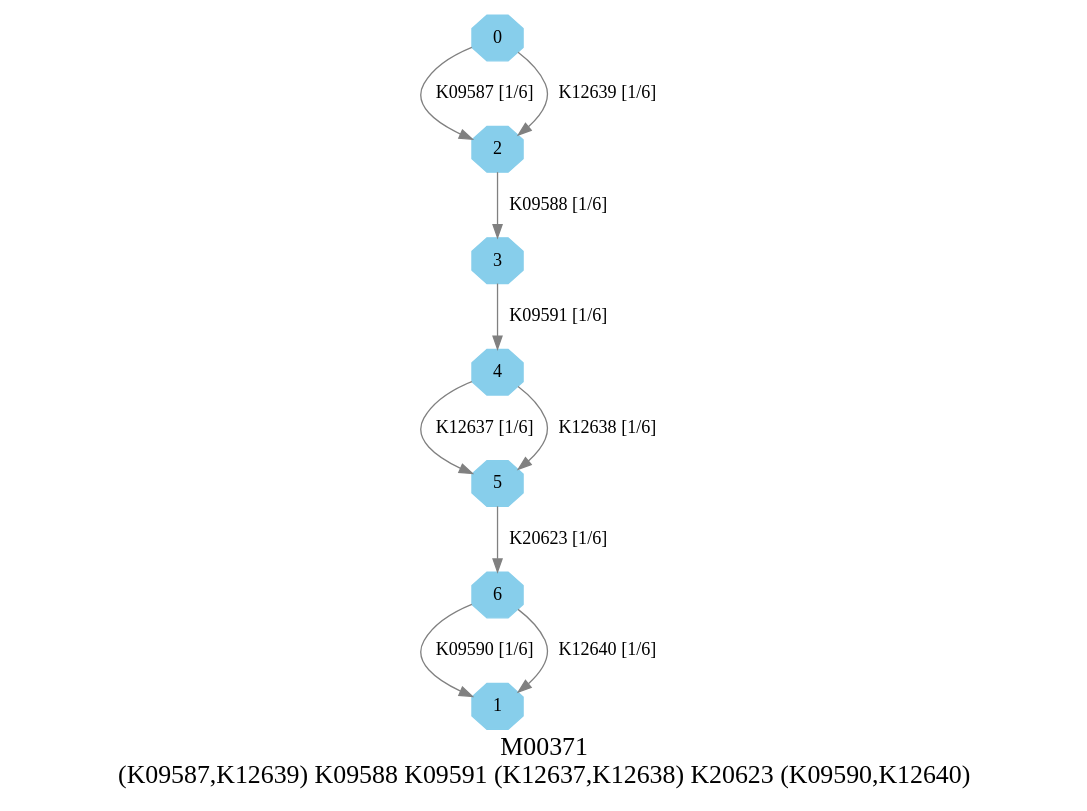
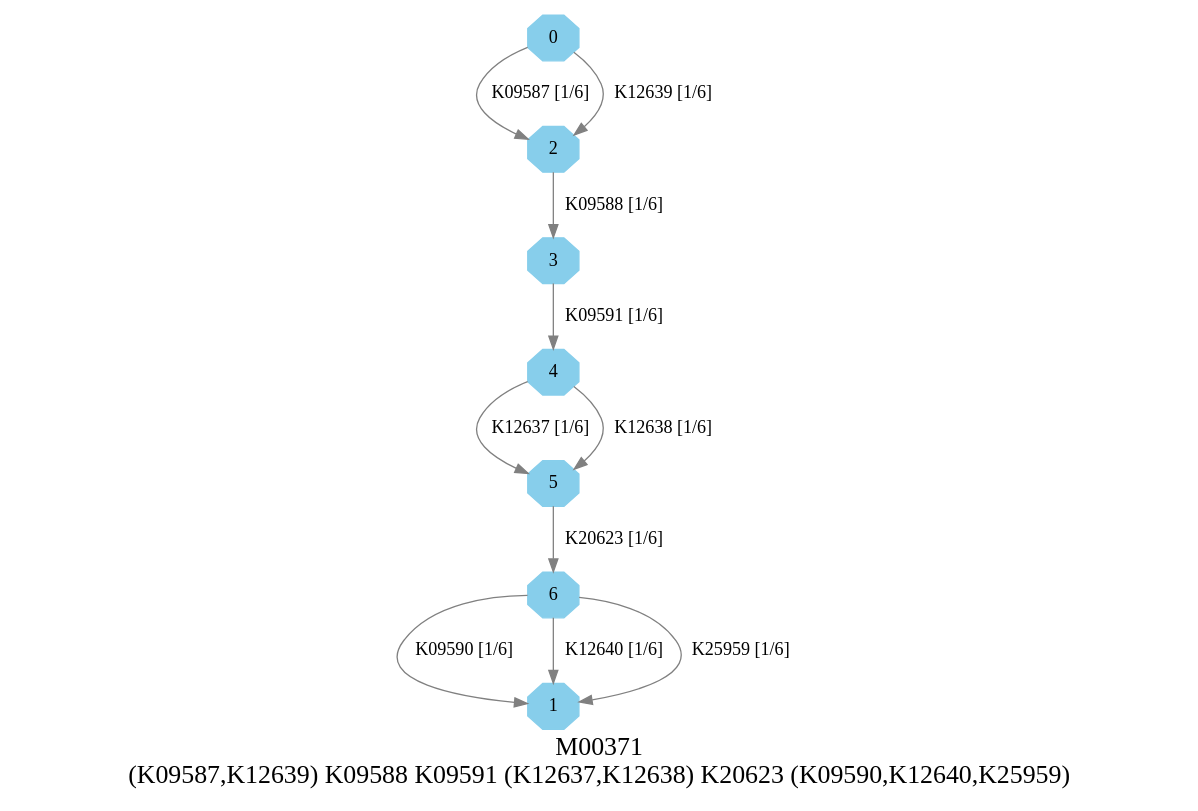
One commit to EBI-Metagenomics/kegg-pathways-completeness-tool changed the diagram in graphs/dots/M00371.dot. Above: the diagram before and after it, drawn with Graphviz. The commit also changed 654 other files, not shown here.

```diff
--- a/graphs/dots/M00371.dot
+++ b/graphs/dots/M00371.dot
@@ -1,16 +1,17 @@
 digraph G {
 graph [label="M00371
-(K09587,K12639) K09588 K09591 (K12637,K12638) K20623 (K09590,K12640)",fontsize=20];
+(K09587,K12639) K09588 K09591 (K12637,K12638) K20623 (K09590,K12640,K25959)",fontsize=20];
 node [shape=box,style=filled];
 edge [len=3,color=grey];
 {node [width=.3,height=.3,shape=octagon,style=filled,color=skyblue] 0 1 2 3 4 5 6 }
 0 -> 2 [label="K09587 [1/6]"];
 0 -> 2 [label="K12639 [1/6]"];
 2 -> 3 [label="K09588 [1/6]"];
 3 -> 4 [label="K09591 [1/6]"];
 4 -> 5 [label="K12637 [1/6]"];
 4 -> 5 [label="K12638 [1/6]"];
 5 -> 6 [label="K20623 [1/6]"];
 6 -> 1 [label="K09590 [1/6]"];
 6 -> 1 [label="K12640 [1/6]"];
+6 -> 1 [label="K25959 [1/6]"];
 }
```
